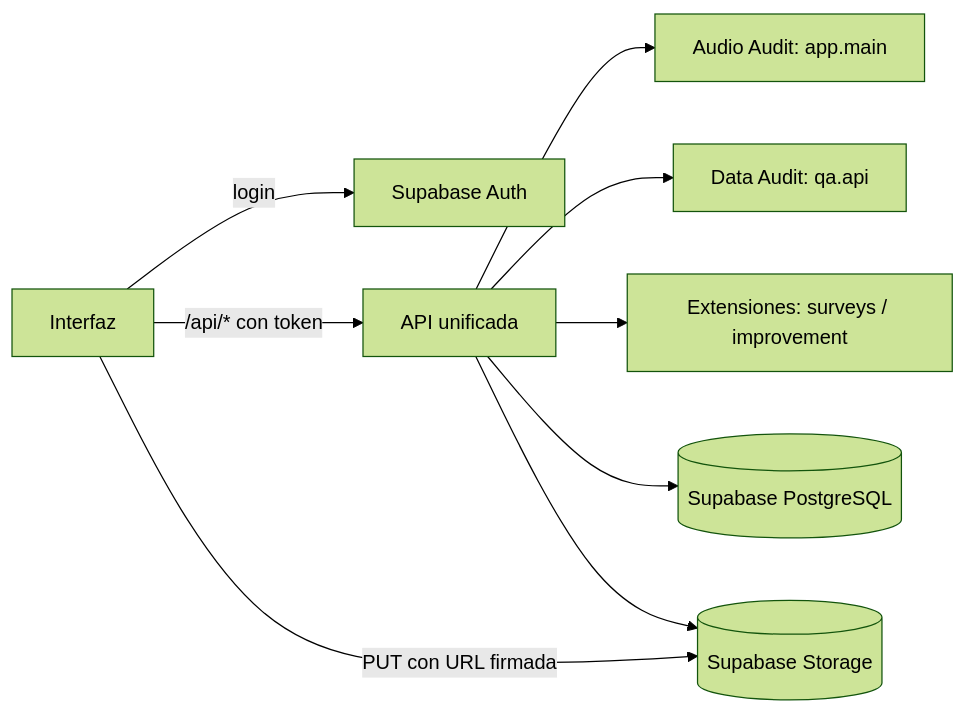
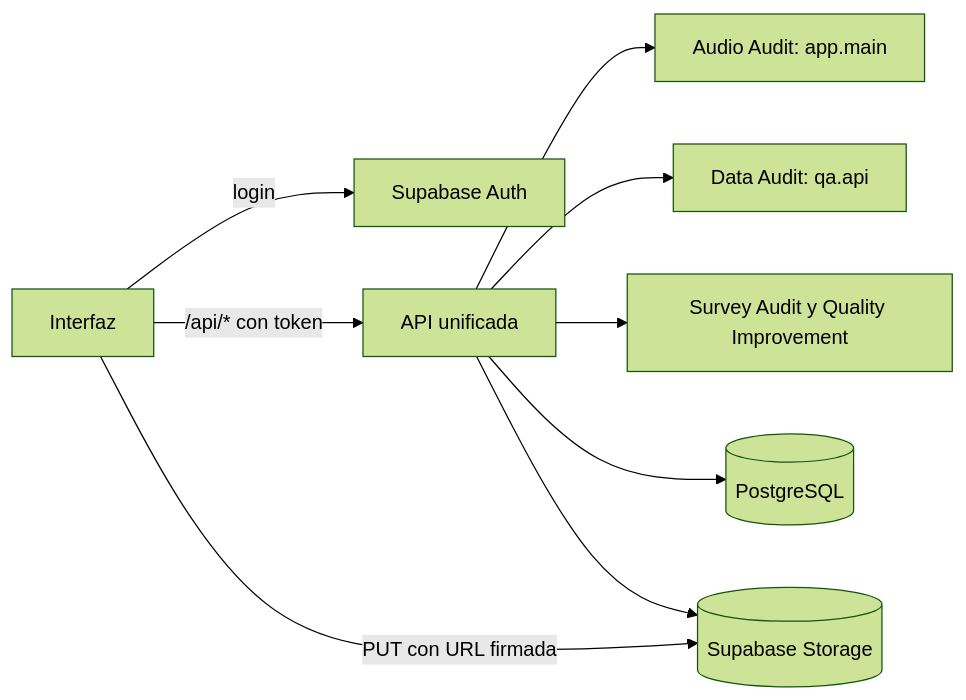
The diagram in documentation/integration-api.md (destor01/Data_Engineers_Datat-n2026), drawn with Mermaid (forest theme) before and after one commit. The commit also changed other lines of this file and 54 other files, not shown here.

````diff
--- a/documentation/integration-api.md
+++ b/documentation/integration-api.md
@@ -5,11 +5,11 @@
 ```mermaid
 flowchart LR
   UI[Interfaz] -->|login| AUTH[Supabase Auth]
   UI -->|/api/* con token| API[API unificada]
   UI -->|PUT con URL firmada| ST[(Supabase Storage)]
   API --> AUDIO[Audio Audit: app.main]
   API --> QA[Data Audit: qa.api]
-  API --> EXT[Extensiones: surveys / improvement]
-  API --> DB[(Supabase PostgreSQL)]
+  API --> EXT[Survey Audit y Quality Improvement]
+  API --> DB[(PostgreSQL)]
   API --> ST
 ```
````
